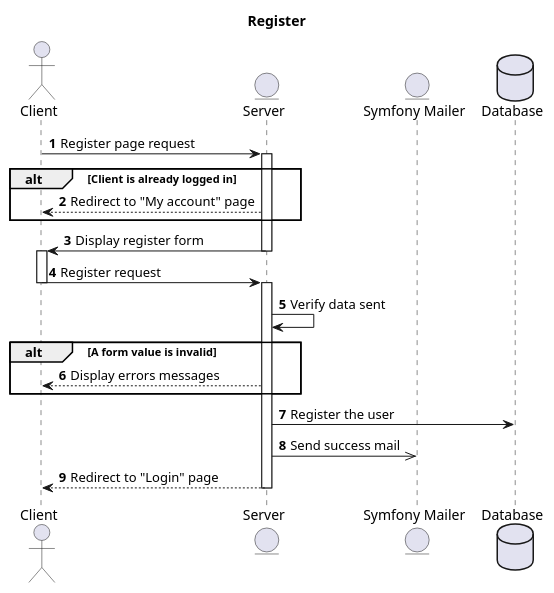
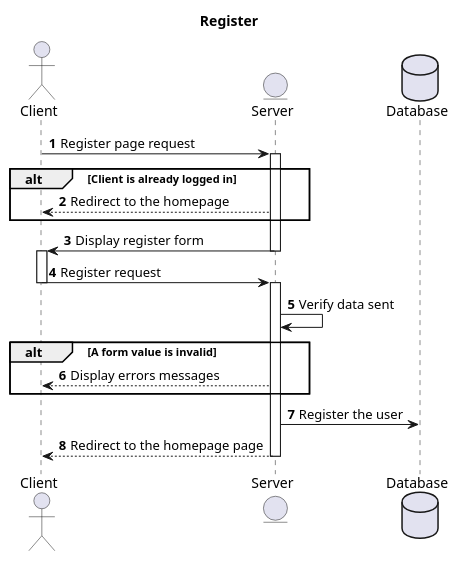
One commit to acecconato/AnthonyCecconato_5_18102021 changed the diagram in docs/puml/sequence/security/register.puml. Above: the diagram before and after it, drawn with PlantUML. The commit also changed 46 other files, not shown here.

```diff
--- a/docs/puml/sequence/security/register.puml
+++ b/docs/puml/sequence/security/register.puml
@@ -1,44 +1,42 @@
 @startuml
 
 title Register
 autonumber
 
 actor Client
 entity Server
-entity "Symfony Mailer" as SymfonyMailer
 Database Database
 
 Client -> Server : Register page request
 
 activate Server
 
 alt Client is already logged in
-    Server --> Client : Redirect to "My account" page
+    Server --> Client : Redirect to the homepage
 end
 
 Server -> Client : Display register form
 
 deactivate Server
 
 activate Client
 
 Client -> Server : Register request
 
 deactivate Client
 
 activate Server
 
 Server -> Server : Verify data sent
 
 alt A form value is invalid
     Server --> Client : Display errors messages
 end
 
 Server -> Database : Register the user
-Server ->> SymfonyMailer : Send success mail
 
-Server --> Client : Redirect to "Login" page
+Server --> Client : Redirect to the homepage page
 
 deactivate Server
 
 @enduml
```
